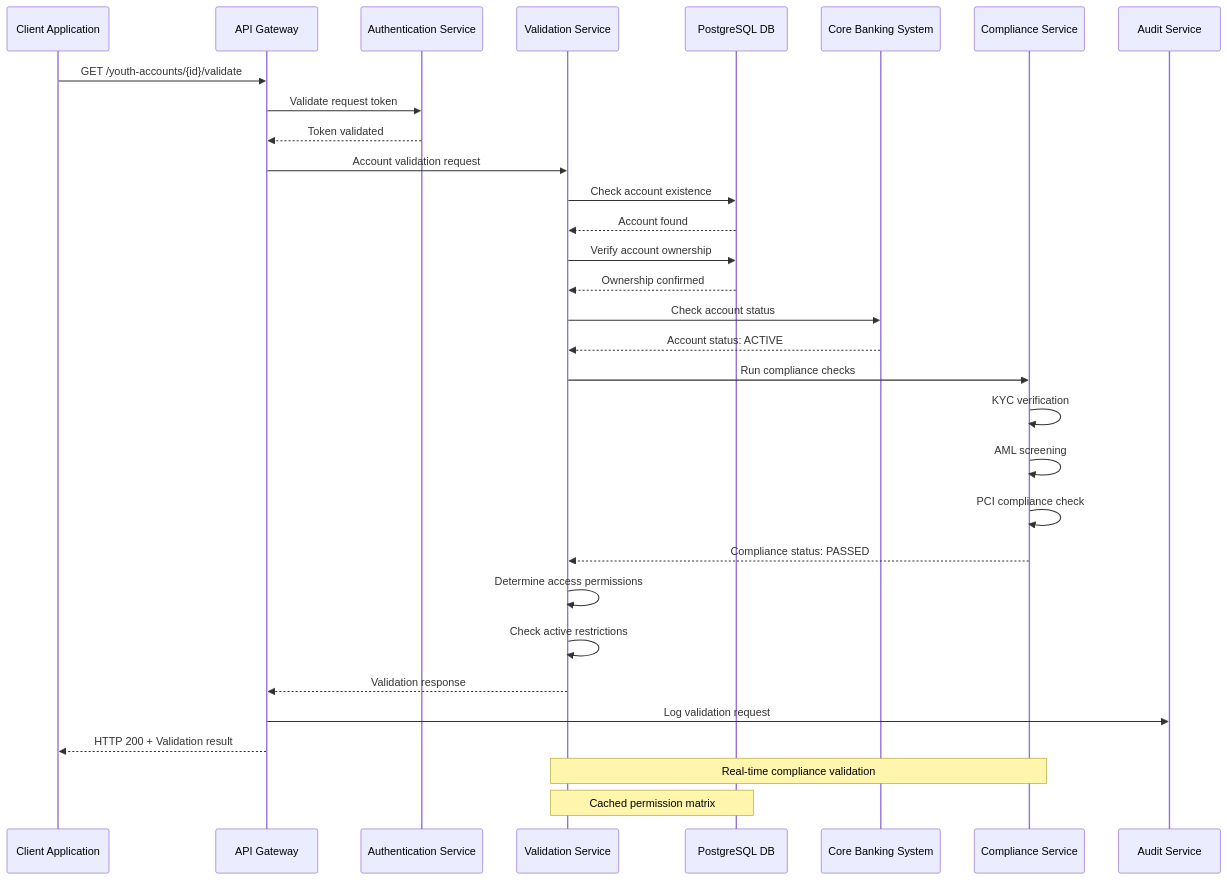
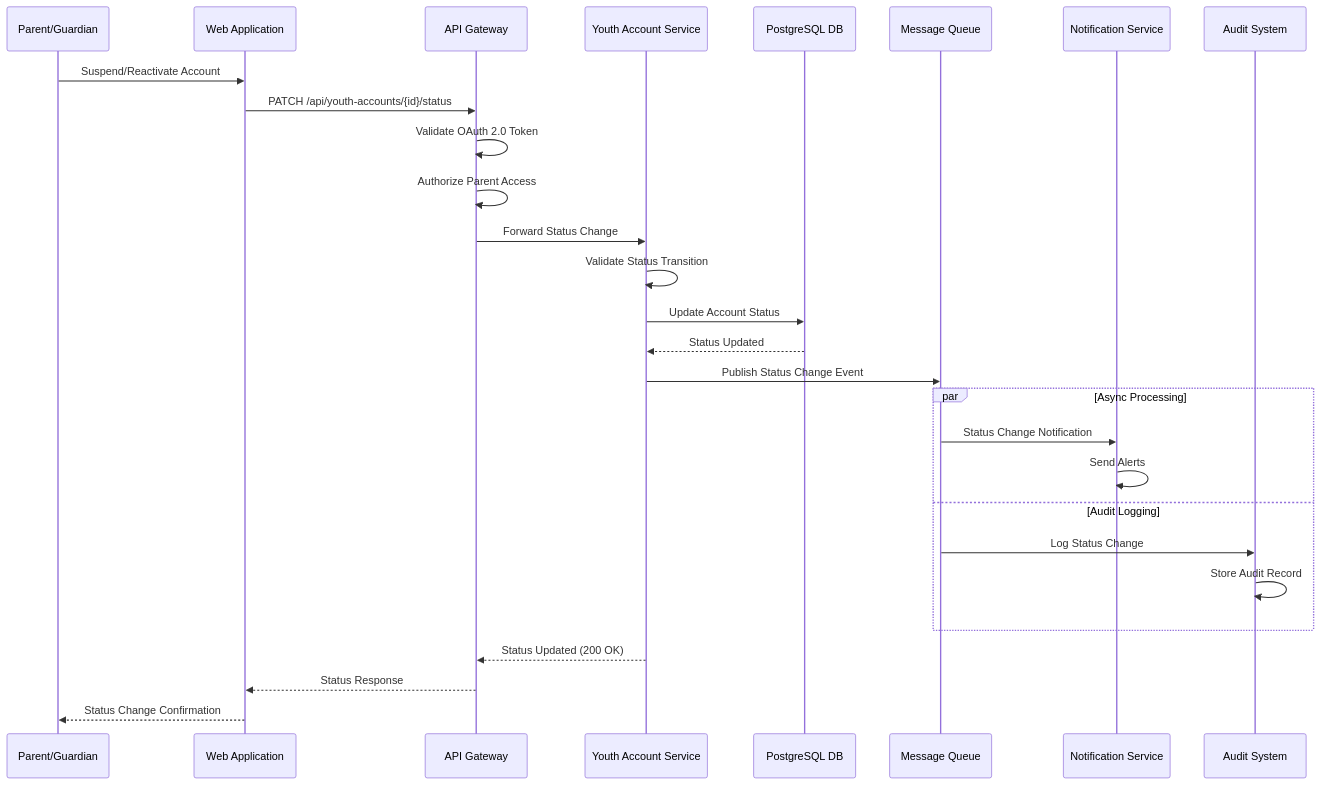
The fifth of 8 diagrams in API Development/Components and Sequence Diagrams/sequence_diagram.md (ThapaswiASC/SCIB-INCEPTION-PHASE-DEMO), drawn with Mermaid before and after one commit. The commit also changed other lines of this file and 1 other file, not shown here.

````diff
--- a/API Development/Components and Sequence Diagrams/sequence_diagram.md
+++ b/API Development/Components and Sequence Diagrams/sequence_diagram.md
@@ -223,38 +224,35 @@
 ```mermaid
 sequenceDiagram
-    participant Client as Client Application
+    participant Parent as Parent/Guardian
+    participant WebApp as Web Application
     participant APIGateway as API Gateway
-    participant AuthSvc as Authentication Service
-    participant ValidationSvc as Validation Service
+    participant YouthService as Youth Account Service
     participant Database as PostgreSQL DB
-    participant CoreBanking as Core Banking System
-    participant ComplianceSvc as Compliance Service
-    participant AuditSvc as Audit Service
-
-    Client->>APIGateway: GET /youth-accounts/{id}/validate
-    APIGateway->>AuthSvc: Validate request token
-    AuthSvc-->>APIGateway: Token validated
-    APIGateway->>ValidationSvc: Account validation request
+    participant MessageQueue as Message Queue
+    participant NotificationService as Notification Service
+    participant AuditSystem as Audit System
     
-    ValidationSvc->>Database: Check account existence
-    Database-->>ValidationSvc: Account found
-    ValidationSvc->>Database: Verify account ownership
-    Database-->>ValidationSvc: Ownership confirmed
-    ValidationSvc->>CoreBanking: Check account status
-    CoreBanking-->>ValidationSvc: Account status: ACTIVE
+    Parent->>WebApp: Suspend/Reactivate Account
+    WebApp->>APIGateway: PATCH /api/youth-accounts/{id}/status
+    APIGateway->>APIGateway: Validate OAuth 2.0 Token
+    APIGateway->>APIGateway: Authorize Parent Access
+    APIGateway->>YouthService: Forward Status Change
     
-    ValidationSvc->>ComplianceSvc: Run compliance checks
-    ComplianceSvc->>ComplianceSvc: KYC verification
-    ComplianceSvc->>ComplianceSvc: AML screening
-    ComplianceSvc->>ComplianceSvc: PCI compliance check
-    ComplianceSvc-->>ValidationSvc: Compliance status: PASSED
+    YouthService->>YouthService: Validate Status Transition
+    YouthService->>Database: Update Account Status
+    Database-->>YouthService: Status Updated
     
-    ValidationSvc->>ValidationSvc: Determine access permissions
-    ValidationSvc->>ValidationSvc: Check active restrictions
-    ValidationSvc-->>APIGateway: Validation response
-    APIGateway->>AuditSvc: Log validation request
-    APIGateway-->>Client: HTTP 200 + Validation result
+    YouthService->>MessageQueue: Publish Status Change Event
     
-    Note over ValidationSvc,ComplianceSvc: Real-time compliance validation
-    Note over ValidationSvc,Database: Cached permission matrix
+    par Async Processing
+        MessageQueue->>NotificationService: Status Change Notification
+        NotificationService->>NotificationService: Send Alerts
+    and Audit Logging
+        MessageQueue->>AuditSystem: Log Status Change
+        AuditSystem->>AuditSystem: Store Audit Record
+    end
+    
+    YouthService-->>APIGateway: Status Updated (200 OK)
+    APIGateway-->>WebApp: Status Response
+    WebApp-->>Parent: Status Change Confirmation
 ```
````
